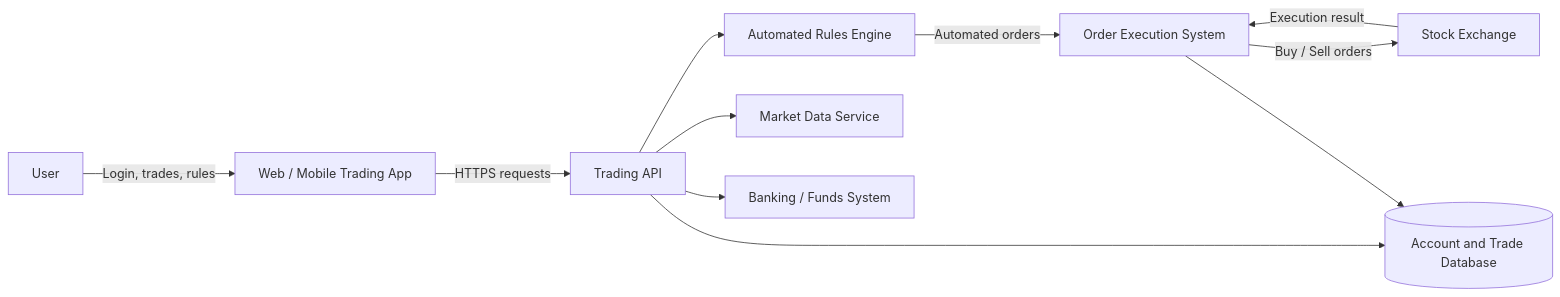
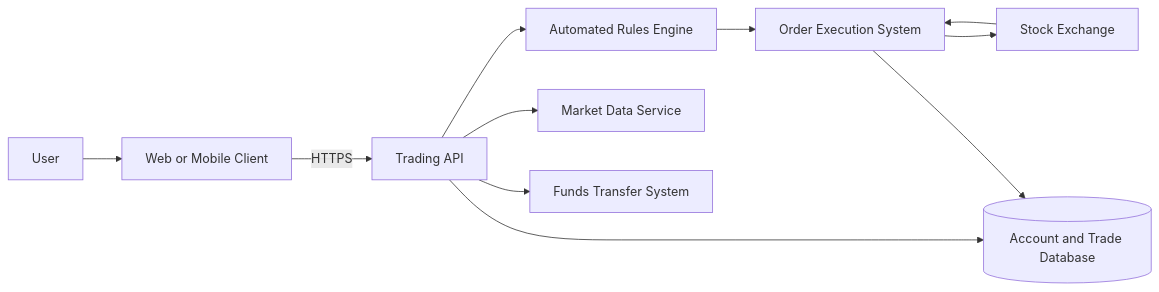
The first of 4 diagrams in threat-modeling-fundamentals/3-financial-trading-platform.md (busitech-ir-lux/dlh-cyber_security), drawn with Mermaid before and after one commit. The commit also changed other lines of this file, not shown here.

Commit message:
Threat Modeling Fundamentals - Task 3: Financial Trading Platform - update

````diff
--- a/threat-modeling-fundamentals/3-financial-trading-platform.md
+++ b/threat-modeling-fundamentals/3-financial-trading-platform.md
@@ -16,23 +30,23 @@
 ```mermaid
 flowchart LR
     U[User]
-    W[Web / Mobile Trading App]
+    C[Web or Mobile Client]
     A[Trading API]
     R[Automated Rules Engine]
     M[Market Data Service]
     O[Order Execution System]
     D[(Account and Trade Database)]
-    B[Banking / Funds System]
+    B[Funds Transfer System]
     X[Stock Exchange]
 
-    U -->|Login, trades, rules| W
-    W -->|HTTPS requests| A
+    U --> C
+    C -->|HTTPS| A
     A --> R
     A --> M
     A --> D
     A --> B
-    R -->|Automated orders| O
-    O -->|Buy / Sell orders| X
-    X -->|Execution result| O
+    R --> O
+    O --> X
+    X --> O
     O --> D
 ```
````
